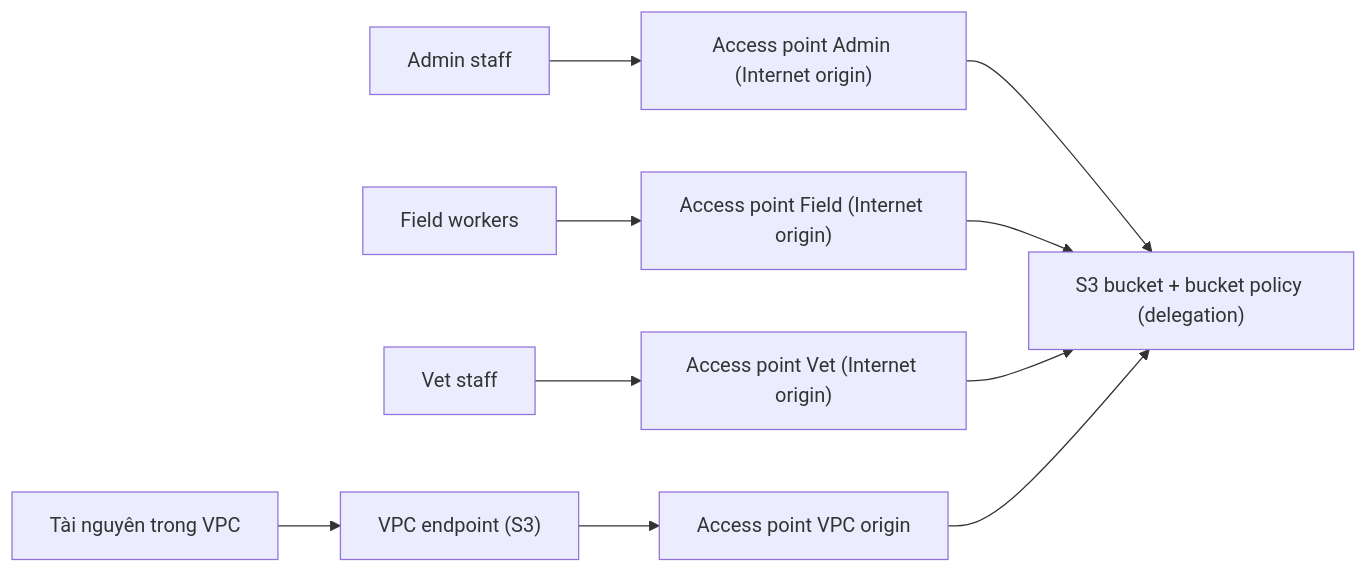
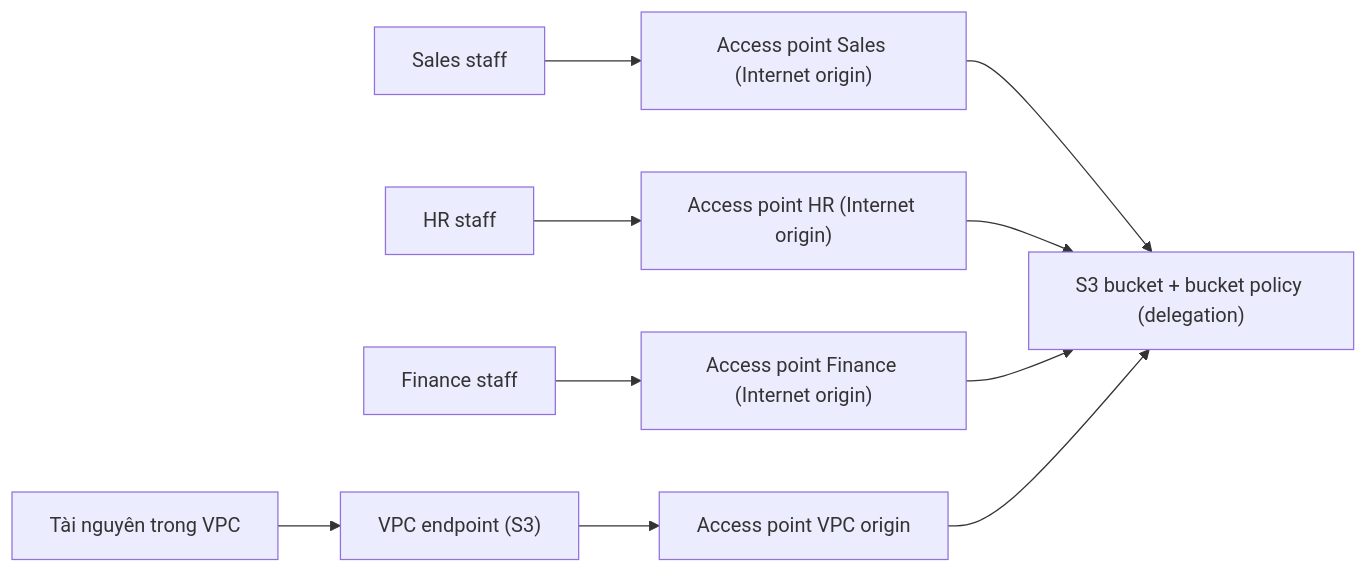
The diagram in data/05 S3/S3 Access Points.md (hairbui76/aws-saa-c03), drawn with Mermaid before and after one commit. The commit also changed other lines of this file and 68 other files, not shown here.

````diff
--- a/data/05 S3/S3 Access Points.md
+++ b/data/05 S3/S3 Access Points.md
@@ -26,11 +28,11 @@
 ```mermaid
 flowchart LR
-  AD["Admin staff"] --> AP1["Access point Admin (Internet origin)"]
-  FW["Field workers"] --> AP2["Access point Field (Internet origin)"]
-  VS["Vet staff"] --> AP3["Access point Vet (Internet origin)"]
+  AD["Sales staff"] --> AP1["Access point Sales (Internet origin)"]
+  FW["HR staff"] --> AP2["Access point HR (Internet origin)"]
+  VS["Finance staff"] --> AP3["Access point Finance (Internet origin)"]
   VPC["Tài nguyên trong VPC"] --> VE["VPC endpoint (S3)"] --> AP4["Access point VPC origin"]
   AP1 --> B["S3 bucket + bucket policy (delegation)"]
   AP2 --> B
   AP3 --> B
   AP4 --> B
 ```
````
